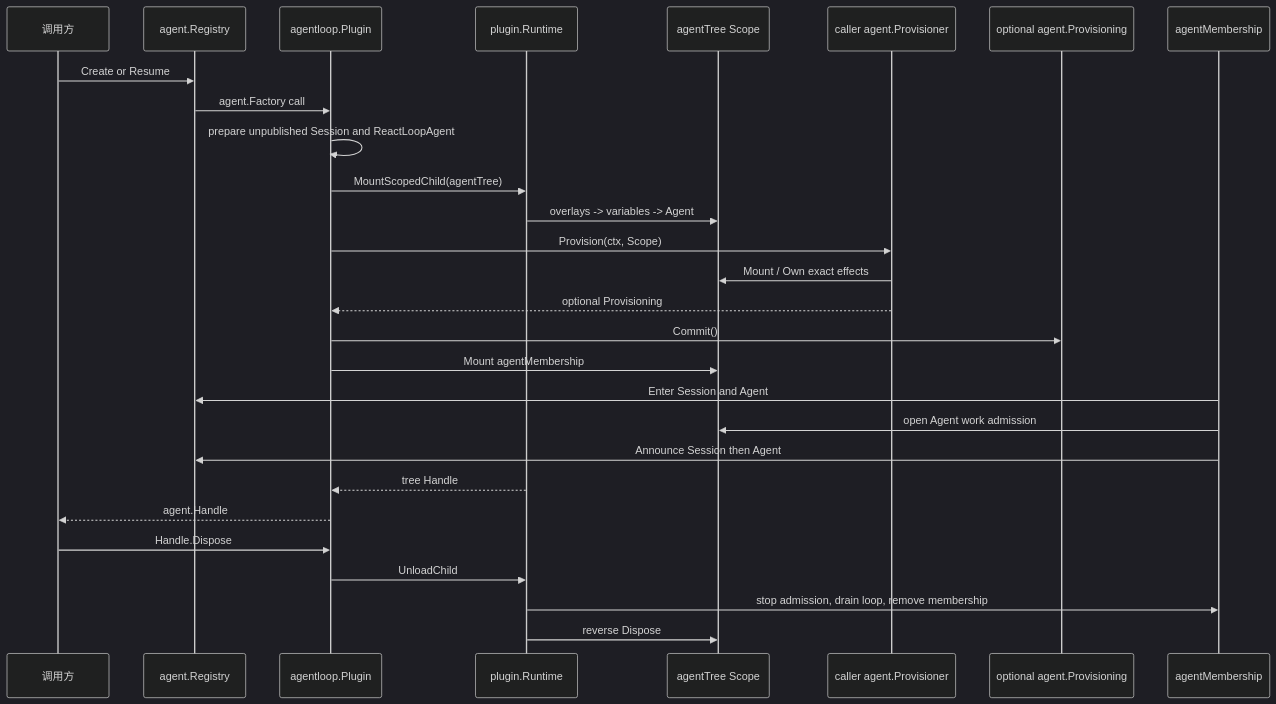
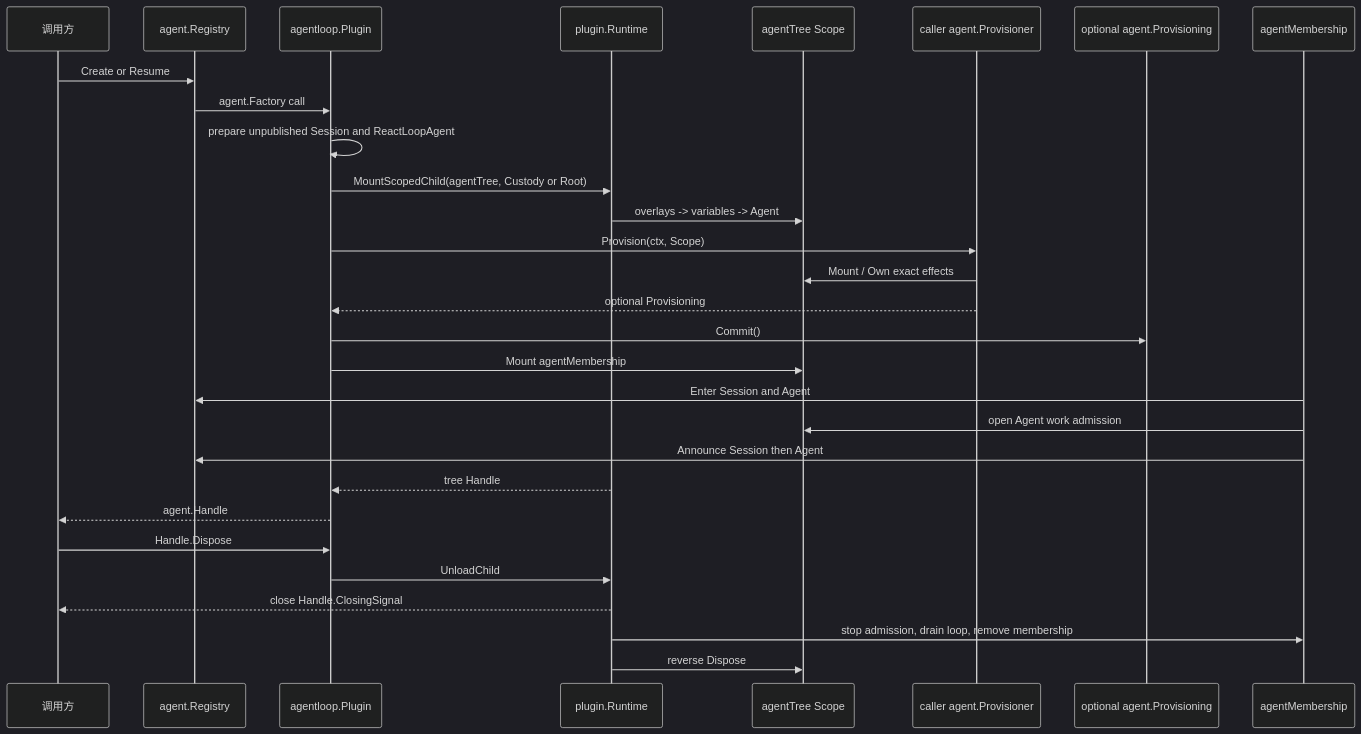
One commit to gorenx/goren changed the second of 2 diagrams in agentloop/README.zh-CN.md. Above: the diagram before and after it, drawn with Mermaid (dark theme). The commit also changed other lines of this file and 5 other files, not shown here.

````diff
--- a/agentloop/README.zh-CN.md
+++ b/agentloop/README.zh-CN.md
@@ -56,31 +58,32 @@
 ```mermaid
 sequenceDiagram
     participant Caller as 调用方
     participant Registry as agent.Registry
     participant Root as agentloop.Plugin
     participant Runtime as plugin.Runtime
     participant Scope as agentTree Scope
     participant Provisioner as caller agent.Provisioner
     participant Provisioning as optional agent.Provisioning
     participant Membership as agentMembership
 
     Caller->>Registry: Create or Resume
     Registry->>Root: agent.Factory call
     Root->>Root: prepare unpublished Session and ReactLoopAgent
-    Root->>Runtime: MountScopedChild(agentTree)
+    Root->>Runtime: MountScopedChild(agentTree, Custody or Root)
     Runtime->>Scope: overlays -> variables -> Agent
     Root->>Provisioner: Provision(ctx, Scope)
     Provisioner->>Scope: Mount / Own exact effects
     Provisioner-->>Root: optional Provisioning
     Root->>Provisioning: Commit()
     Root->>Scope: Mount agentMembership
     Membership->>Registry: Enter Session and Agent
     Membership->>Scope: open Agent work admission
     Membership->>Registry: Announce Session then Agent
     Runtime-->>Root: tree Handle
     Root-->>Caller: agent.Handle
     Caller->>Root: Handle.Dispose
     Root->>Runtime: UnloadChild
+    Runtime-->>Caller: close Handle.ClosingSignal
     Runtime->>Membership: stop admission, drain loop, remove membership
     Runtime->>Scope: reverse Dispose
 ```
````
